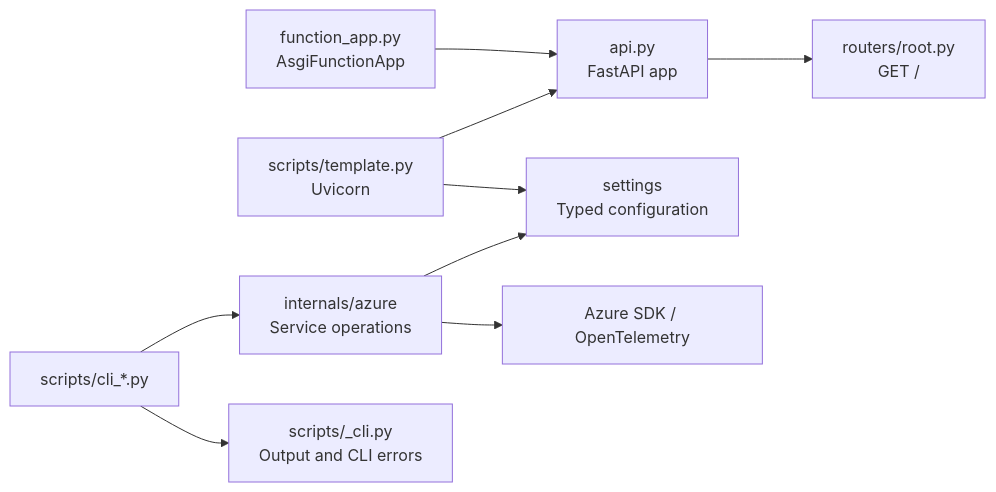
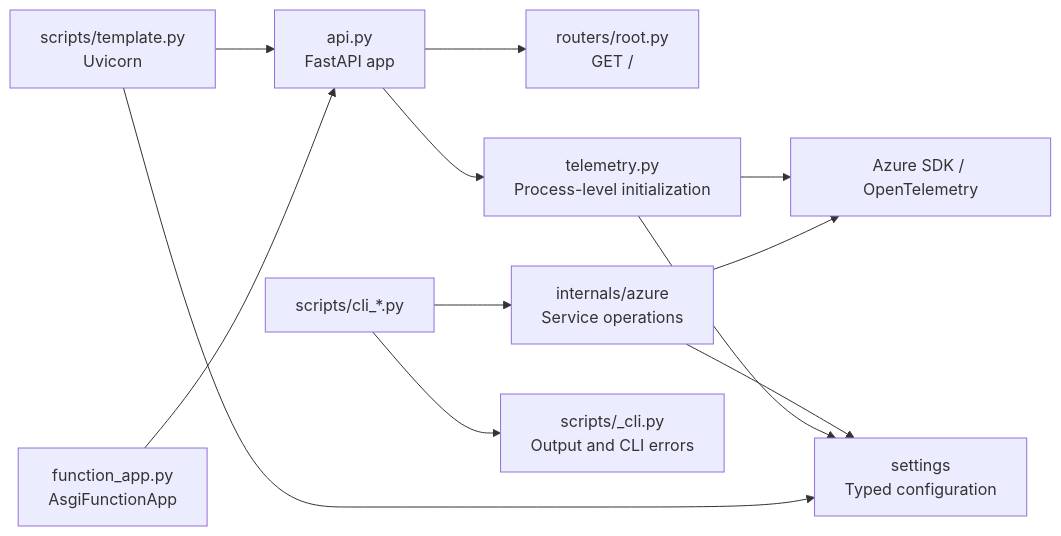
One commit to ks6088ts-labs/template-azure-python changed the first of 2 diagrams in docs/architecture/index.md. Above: the diagram before and after it, drawn with Mermaid. The commit also changed other lines of this file and 11 other files, not shown here.

Commit message:
Implement OpenTelemetry support for API telemetry and configuration

````diff
--- a/docs/architecture/index.md
+++ b/docs/architecture/index.md
@@ -9,11 +9,14 @@
 ```mermaid
 flowchart LR
     launcher["scripts/template.py<br/>Uvicorn"] --> api["api.py<br/>FastAPI app"]
     functions["function_app.py<br/>AsgiFunctionApp"] --> api
     api --> root["routers/root.py<br/>GET /"]
+    api --> telemetry["telemetry.py<br/>Process-level initialization"]
     cli["scripts/cli_*.py"] --> operations["internals/azure<br/>Service operations"]
     cli --> presentation["scripts/_cli.py<br/>Output and CLI errors"]
     operations --> settings["settings<br/>Typed configuration"]
+    telemetry --> settings
+    telemetry --> sdk
     launcher --> settings
     operations --> sdk["Azure SDK / OpenTelemetry"]
 ```
````
